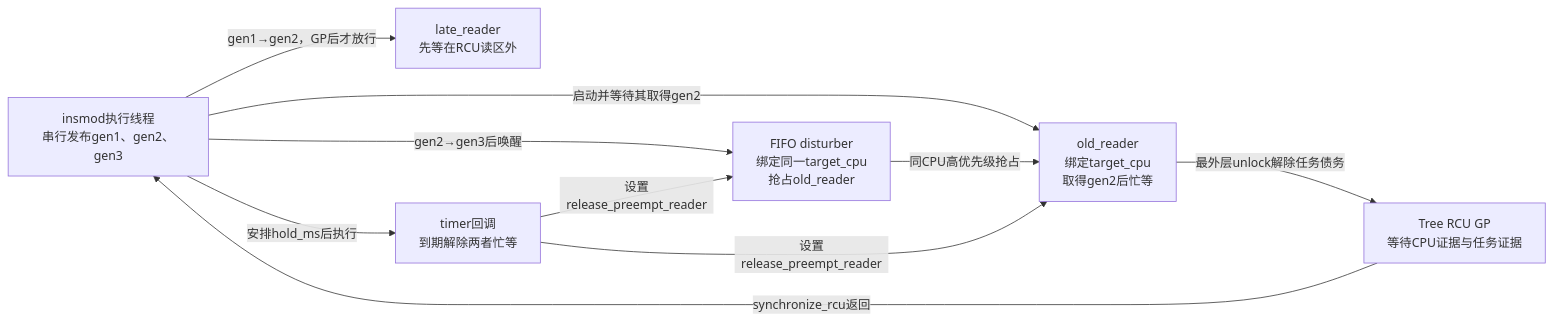
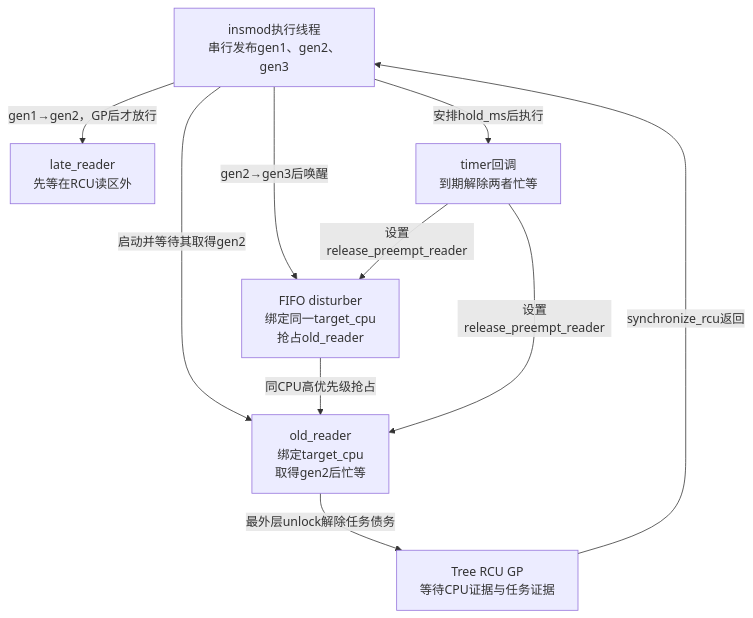
The diagram in labs/kernel/rcu/P01_晚到读者与抢占读者/README.md (FormingSystem/linux_note), drawn with Mermaid before and after one commit.

Commit message:
docs(labs/rcu): 调整实验角色图阅读方向

````diff
--- a/labs/kernel/rcu/P01_晚到读者与抢占读者/README.md
+++ b/labs/kernel/rcu/P01_晚到读者与抢占读者/README.md
@@ -36,19 +36,19 @@
 ```mermaid
-flowchart LR
+flowchart TD
     M["insmod执行线程<br/>串行发布gen1、gen2、gen3"]
     L["late_reader<br/>先等在RCU读区外"]
     R["old_reader<br/>绑定target_cpu<br/>取得gen2后忙等"]
     H["FIFO disturber<br/>绑定同一target_cpu<br/>抢占old_reader"]
     D["timer回调<br/>到期解除两者忙等"]
     G["Tree RCU GP<br/>等待CPU证据与任务证据"]
 
     M -->|"gen1→gen2，GP后才放行"| L
     M -->|"启动并等待其取得gen2"| R
     M -->|"gen2→gen3后唤醒"| H
     H -->|"同CPU高优先级抢占"| R
     M -->|"安排hold_ms后执行"| D
     D -->|"设置release_preempt_reader"| H
     D -->|"设置release_preempt_reader"| R
     R -->|"最外层unlock解除任务债务"| G
     G -->|"synchronize_rcu返回"| M
 ```
````
